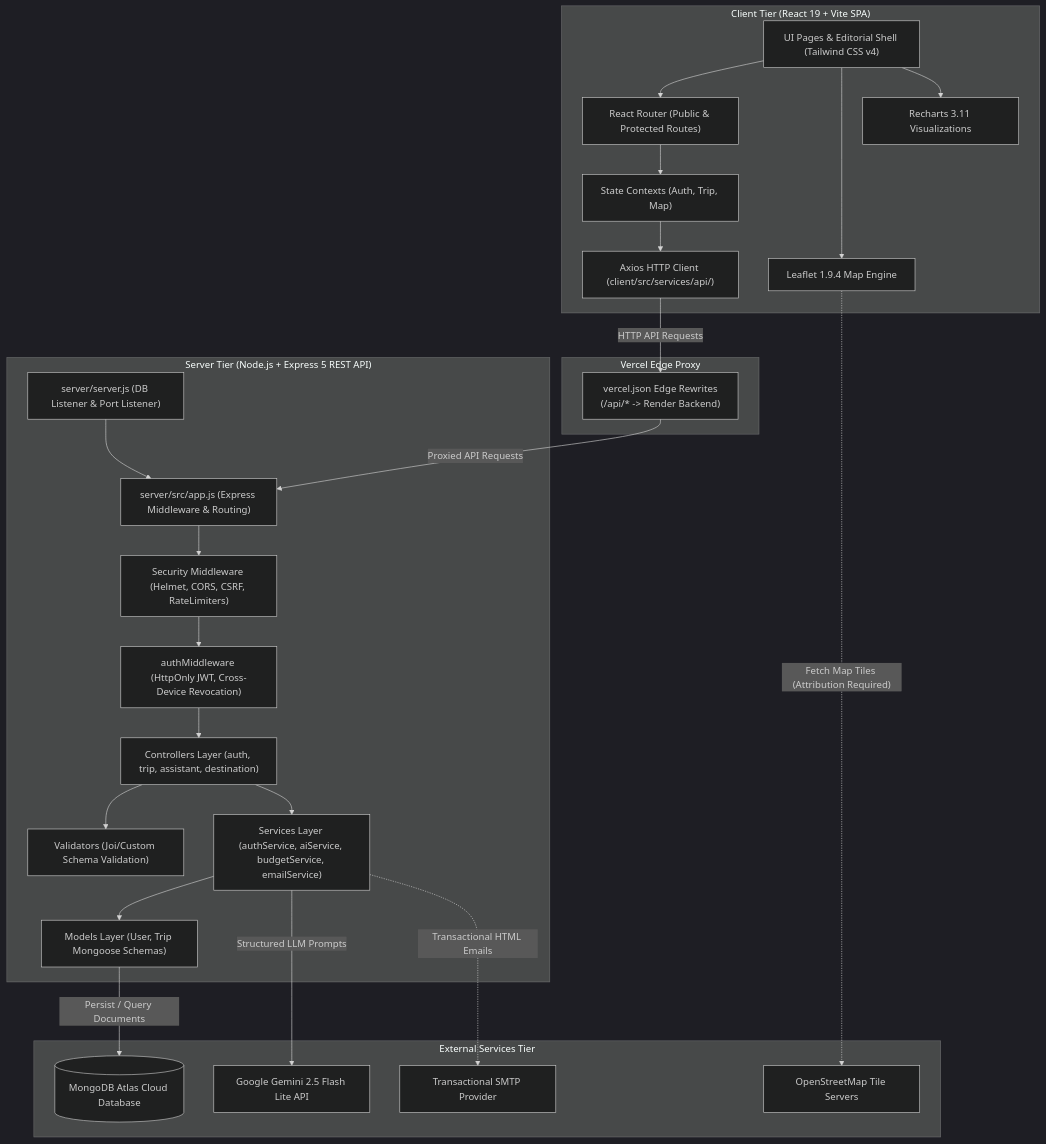
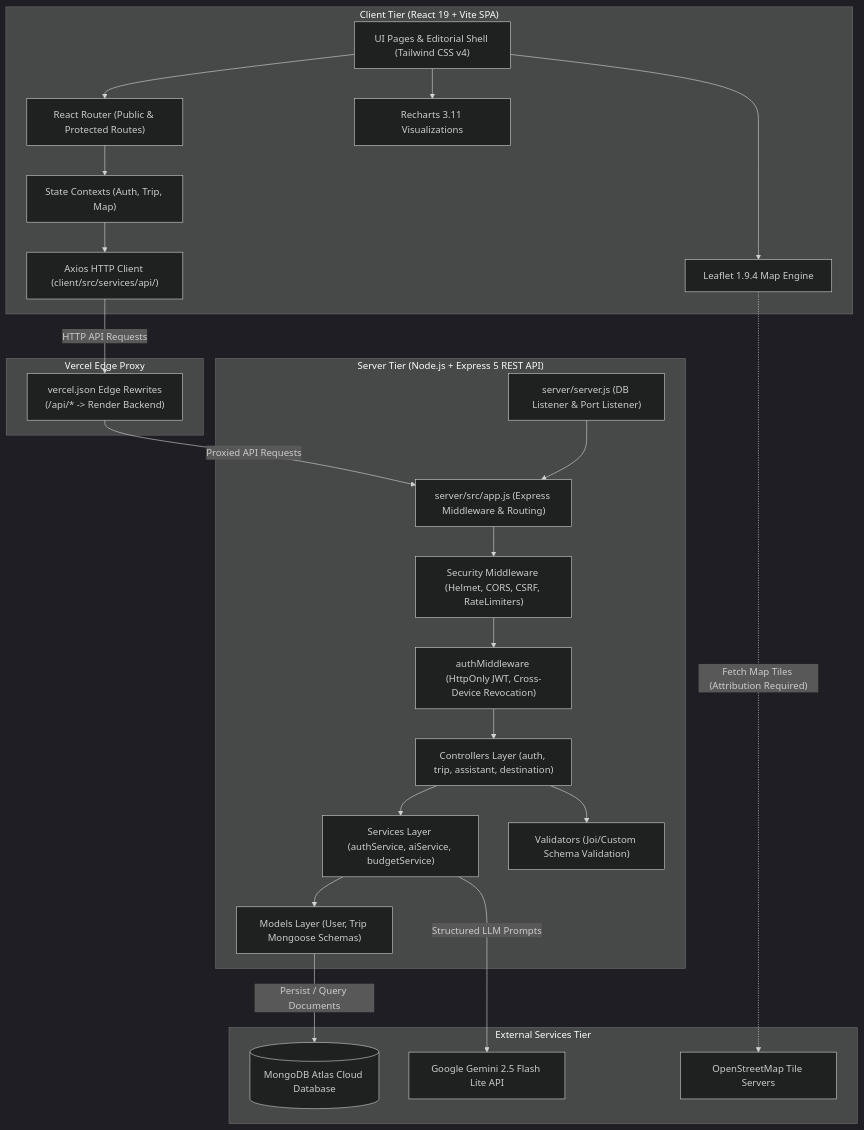
The diagram in README.md (abhijeet5423/TripMind), drawn with Mermaid (dark theme) before and after one commit. The commit also changed 1 other file, not shown here.

Commit message:
docs: document Day 56 frontend cleanup and clean architecture diagram

````diff
--- a/README.md
+++ b/README.md
@@ -125,55 +125,53 @@
 ```mermaid
 flowchart TD
     subgraph Client ["Client Tier (React 19 + Vite SPA)"]
         UI["UI Pages & Editorial Shell (Tailwind CSS v4)"]
         Router["React Router (Public & Protected Routes)"]
         Contexts["State Contexts (Auth, Trip, Map)"]
         AxiosClient["Axios HTTP Client (client/src/services/api/)"]
         LeafletRenderer["Leaflet 1.9.4 Map Engine"]
         Charts["Recharts 3.11 Visualizations"]
     end
 
     subgraph Edge ["Vercel Edge Proxy"]
         VercelRewrites["vercel.json Edge Rewrites\n(/api/* -> Render Backend)"]
     end
 
     subgraph Server ["Server Tier (Node.js + Express 5 REST API)"]
         Entry["server/server.js (DB Listener & Port Listener)"]
         App["server/src/app.js (Express Middleware & Routing)"]
         SecurityMW["Security Middleware (Helmet, CORS, CSRF, RateLimiters)"]
         AuthMW["authMiddleware (HttpOnly JWT, Cross-Device Revocation)"]
         Controllers["Controllers Layer (auth, trip, assistant, destination)"]
-        Services["Services Layer (authService, aiService, budgetService, emailService)"]
+        Services["Services Layer (authService, aiService, budgetService)"]
         Validators["Validators (Joi/Custom Schema Validation)"]
         Models["Models Layer (User, Trip Mongoose Schemas)"]
     end
 
     subgraph External ["External Services Tier"]
         Mongo[("MongoDB Atlas Cloud Database")]
         Gemini["Google Gemini 2.5 Flash Lite API"]
         OSM["OpenStreetMap Tile Servers"]
-        SMTP["Transactional SMTP Provider"]
     end
 
     UI --> Router
     Router --> Contexts
     Contexts --> AxiosClient
     UI --> LeafletRenderer
     UI --> Charts
 
     AxiosClient -->|"HTTP API Requests"| VercelRewrites
     VercelRewrites -->|"Proxied API Requests"| App
 
     Entry --> App
     App --> SecurityMW
     SecurityMW --> AuthMW
     AuthMW --> Controllers
     Controllers --> Validators
     Controllers --> Services
     Services --> Models
     Models -->|"Persist / Query Documents"| Mongo
 
     Services -->|"Structured LLM Prompts"| Gemini
-    Services -.->|"Transactional HTML Emails"| SMTP
     LeafletRenderer -.->|"Fetch Map Tiles (Attribution Required)"| OSM
 ```
````
